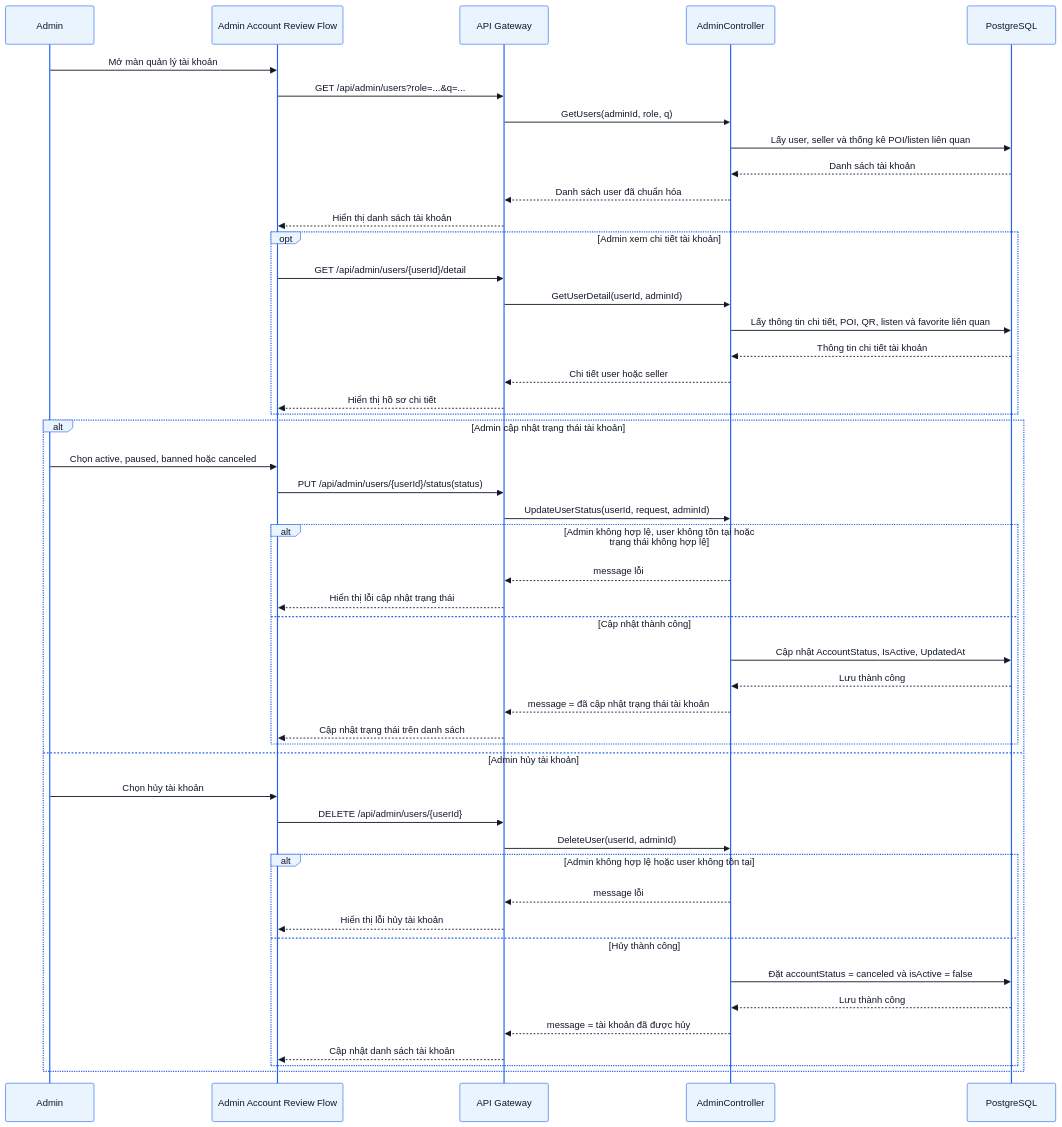
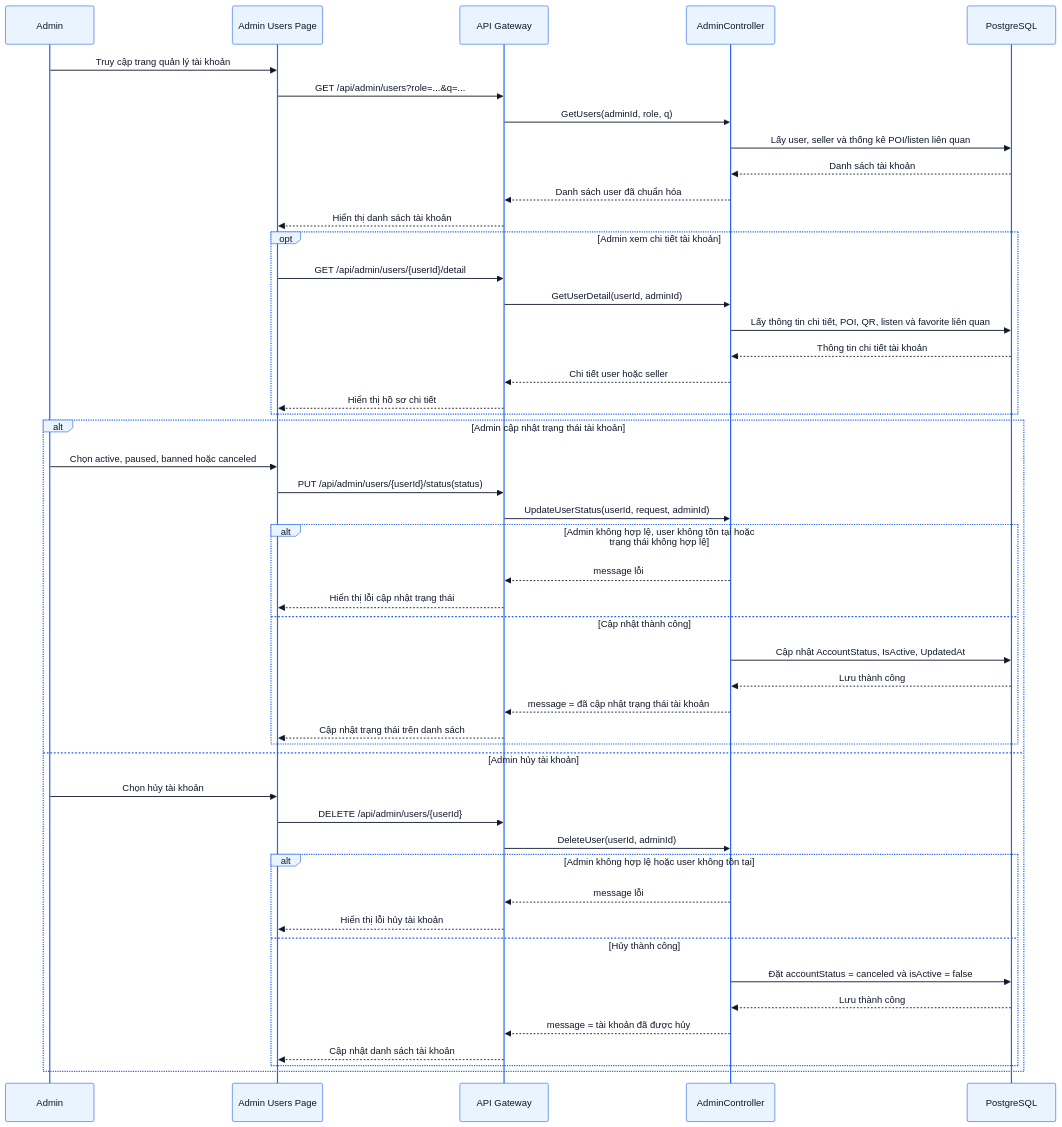
Before and after one commit to thaiquanghieu/smart-guide-system: diagram 16 of 36 in docs/PRD.md, drawn with Mermaid. The commit also changed other lines of this file and 18 other files, not shown here.

Commit message:
docs: update PRD and diagrams

````diff
--- a/docs/PRD.md
+++ b/docs/PRD.md
@@ -1772,71 +1890,71 @@
 ```mermaid
 %%{init: {
   "theme": "base",
   "themeVariables": {
     "primaryColor": "#EAF4FF",
     "primaryBorderColor": "#2563EB",
     "primaryTextColor": "#0F172A",
     "lineColor": "#2563EB",
     "secondaryColor": "#DBEAFE",
     "tertiaryColor": "#F8FBFF",
     "noteBkgColor": "#EFF6FF",
     "noteBorderColor": "#3B82F6",
     "activationBorderColor": "#2563EB",
     "activationBkgColor": "#DBEAFE",
     "sequenceNumberColor": "#0F172A"
   }
 }}%%
 sequenceDiagram
     participant Admin as Admin
-    participant AccountFlow as Admin Account Review Flow
+    participant AccountFlow as Admin Users Page
     participant API as API Gateway
     participant AdminCtl as AdminController
     participant DB as PostgreSQL
 
-    Admin ->> AccountFlow: Mở màn quản lý tài khoản
+    Admin ->> AccountFlow: Truy cập trang quản lý tài khoản
     AccountFlow ->> API: GET /api/admin/users?role=...&q=...
     API ->> AdminCtl: GetUsers(adminId, role, q)
     AdminCtl ->> DB: Lấy user, seller và thống kê POI/listen liên quan
     DB -->> AdminCtl: Danh sách tài khoản
     AdminCtl -->> API: Danh sách user đã chuẩn hóa
     API -->> AccountFlow: Hiển thị danh sách tài khoản
 
     opt Admin xem chi tiết tài khoản
         AccountFlow ->> API: GET /api/admin/users/{userId}/detail
         API ->> AdminCtl: GetUserDetail(userId, adminId)
         AdminCtl ->> DB: Lấy thông tin chi tiết, POI, QR, listen và favorite liên quan
         DB -->> AdminCtl: Thông tin chi tiết tài khoản
         AdminCtl -->> API: Chi tiết user hoặc seller
         API -->> AccountFlow: Hiển thị hồ sơ chi tiết
     end
 
     alt Admin cập nhật trạng thái tài khoản
         Admin ->> AccountFlow: Chọn active, paused, banned hoặc canceled
         AccountFlow ->> API: PUT /api/admin/users/{userId}/status(status)
         API ->> AdminCtl: UpdateUserStatus(userId, request, adminId)
 
         alt Admin không hợp lệ, user không tồn tại hoặc trạng thái không hợp lệ
             AdminCtl -->> API: message lỗi
             API -->> AccountFlow: Hiển thị lỗi cập nhật trạng thái
         else Cập nhật thành công
             AdminCtl ->> DB: Cập nhật AccountStatus, IsActive, UpdatedAt
             DB -->> AdminCtl: Lưu thành công
             AdminCtl -->> API: message = đã cập nhật trạng thái tài khoản
             API -->> AccountFlow: Cập nhật trạng thái trên danh sách
         end
     else Admin hủy tài khoản
         Admin ->> AccountFlow: Chọn hủy tài khoản
         AccountFlow ->> API: DELETE /api/admin/users/{userId}
         API ->> AdminCtl: DeleteUser(userId, adminId)
 
         alt Admin không hợp lệ hoặc user không tồn tại
             AdminCtl -->> API: message lỗi
             API -->> AccountFlow: Hiển thị lỗi hủy tài khoản
         else Hủy thành công
             AdminCtl ->> DB: Đặt accountStatus = canceled và isActive = false
             DB -->> AdminCtl: Lưu thành công
             AdminCtl -->> API: message = tài khoản đã được hủy
             API -->> AccountFlow: Cập nhật danh sách tài khoản
         end
     end
 ```
````
